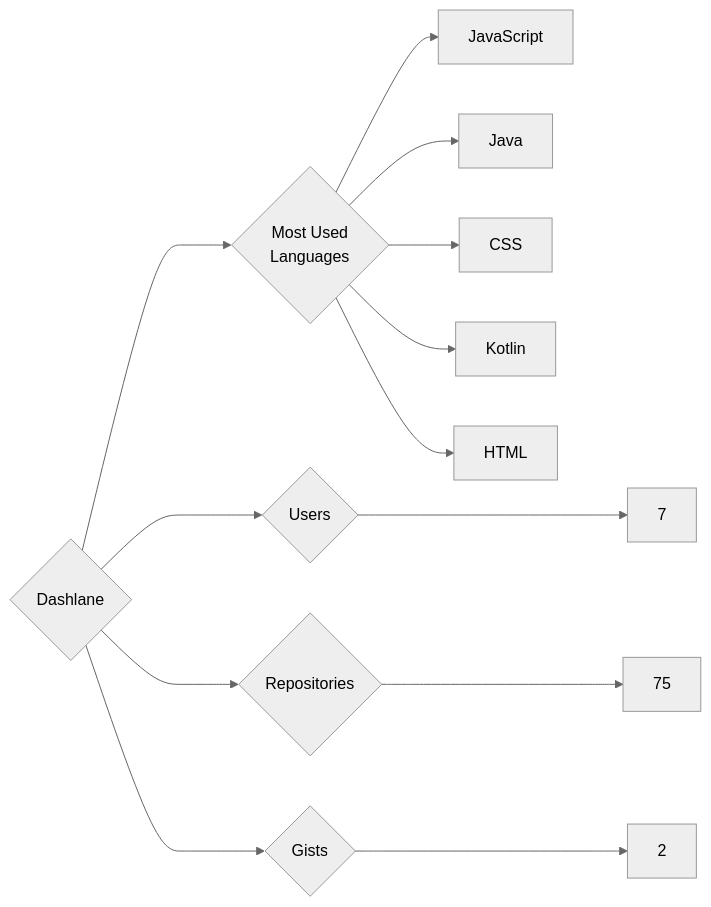
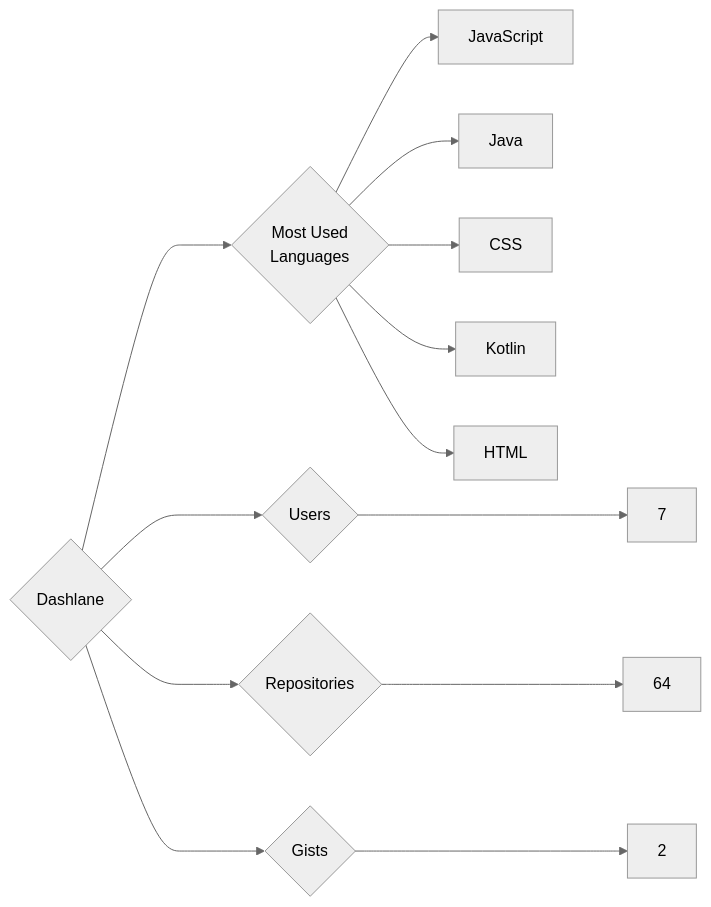
Before and after one commit to trickest/insiders: the diagram in targets/Dashlane/README.md, drawn with Mermaid (neutral theme). The commit also changed 988 other files, not shown here.

````diff
--- a/targets/Dashlane/README.md
+++ b/targets/Dashlane/README.md
@@ -3,13 +3,13 @@
 ```mermaid
 graph LR
 COMPANY_NAME{Dashlane}
 COMPANY_NAME ---> U{Users} ---> UN[7]
-COMPANY_NAME ---> R{Repositories} ---> RN[75]
+COMPANY_NAME ---> R{Repositories} ---> RN[64]
 COMPANY_NAME ---> G{Gists} ---> GN[2]
 COMPANY_NAME ---> ML{Most Used<br>Languages}
 ML --> JavaScript[JavaScript]
 ML --> Java[Java]
 ML --> CSS[CSS]
 ML --> Kotlin[Kotlin]
 ML --> HTML[HTML]
 ```
````
